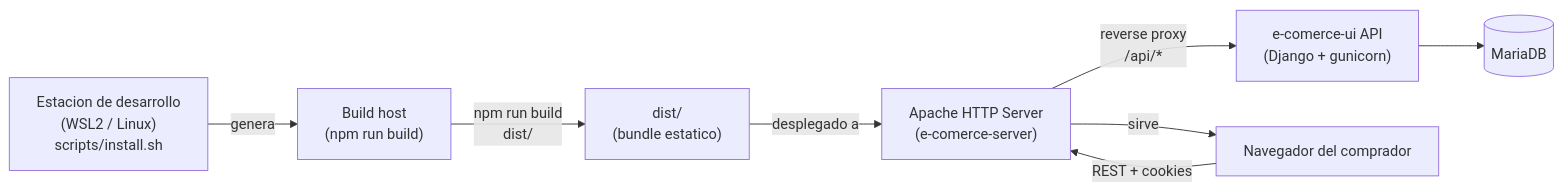
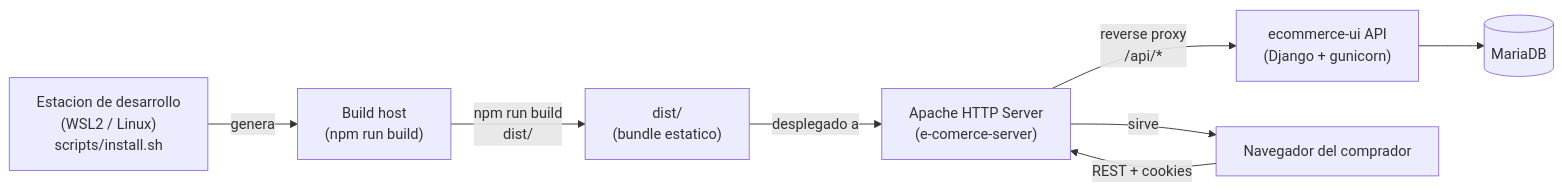
The first of 2 diagrams in docs/vista-de-despliegue/vista-de-despliegue.md (jcg-admin/template-ecommerce-ui), drawn with Mermaid before and after one commit. The commit also changed 251 other files, not shown here.

First line of the commit message:
Rename e-comerce-ui to ecommerce-ui (F3)

````diff
--- a/docs/vista-de-despliegue/vista-de-despliegue.md
+++ b/docs/vista-de-despliegue/vista-de-despliegue.md
@@ -8,17 +8,17 @@
 ```mermaid
 flowchart LR
     Dev["Estacion de desarrollo<br/>(WSL2 / Linux)<br/>scripts/install.sh"]
     CI["Build host<br/>(npm run build)"]
     Apache["Apache HTTP Server<br/>(e-comerce-server)"]
     UI["dist/<br/>(bundle estatico)"]
-    Django["e-comerce-ui API<br/>(Django + gunicorn)"]
+    Django["ecommerce-ui API<br/>(Django + gunicorn)"]
     DB[("MariaDB")]
 
     Dev -->|"genera"| CI
     CI -->|"npm run build<br/>dist/"| UI
     UI -->|"desplegado a"| Apache
     Apache -->|"sirve"| Cliente["Navegador del comprador"]
     Cliente -->|"REST + cookies"| Apache
     Apache -->|"reverse proxy<br/>/api/*"| Django
     Django --> DB
 ```
````
